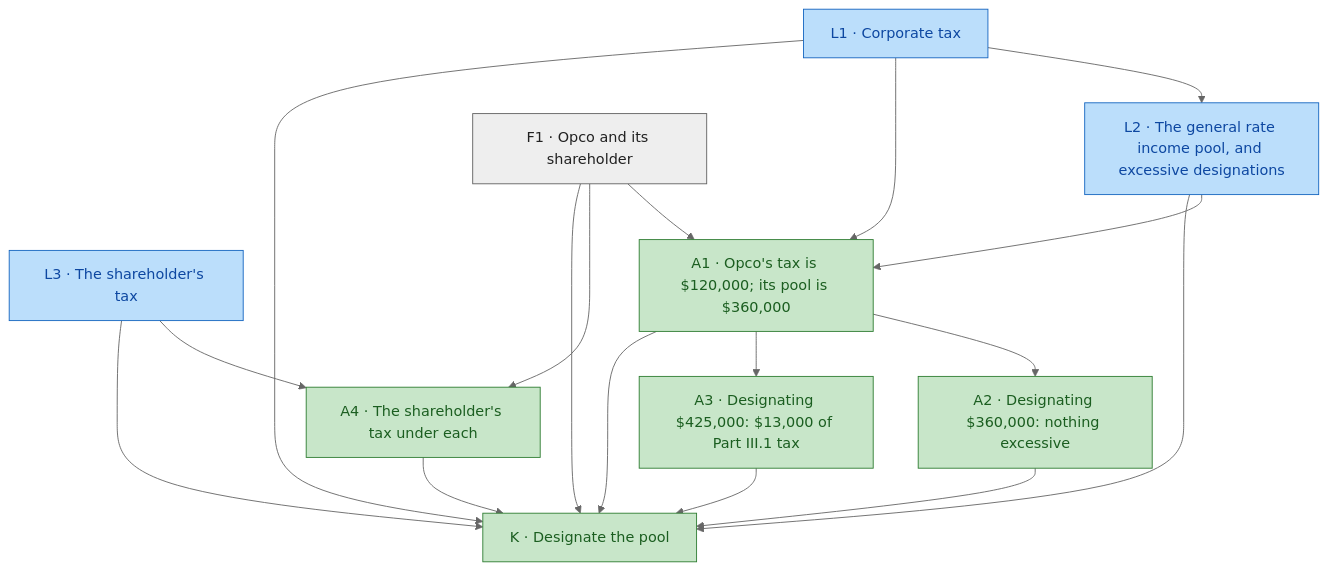
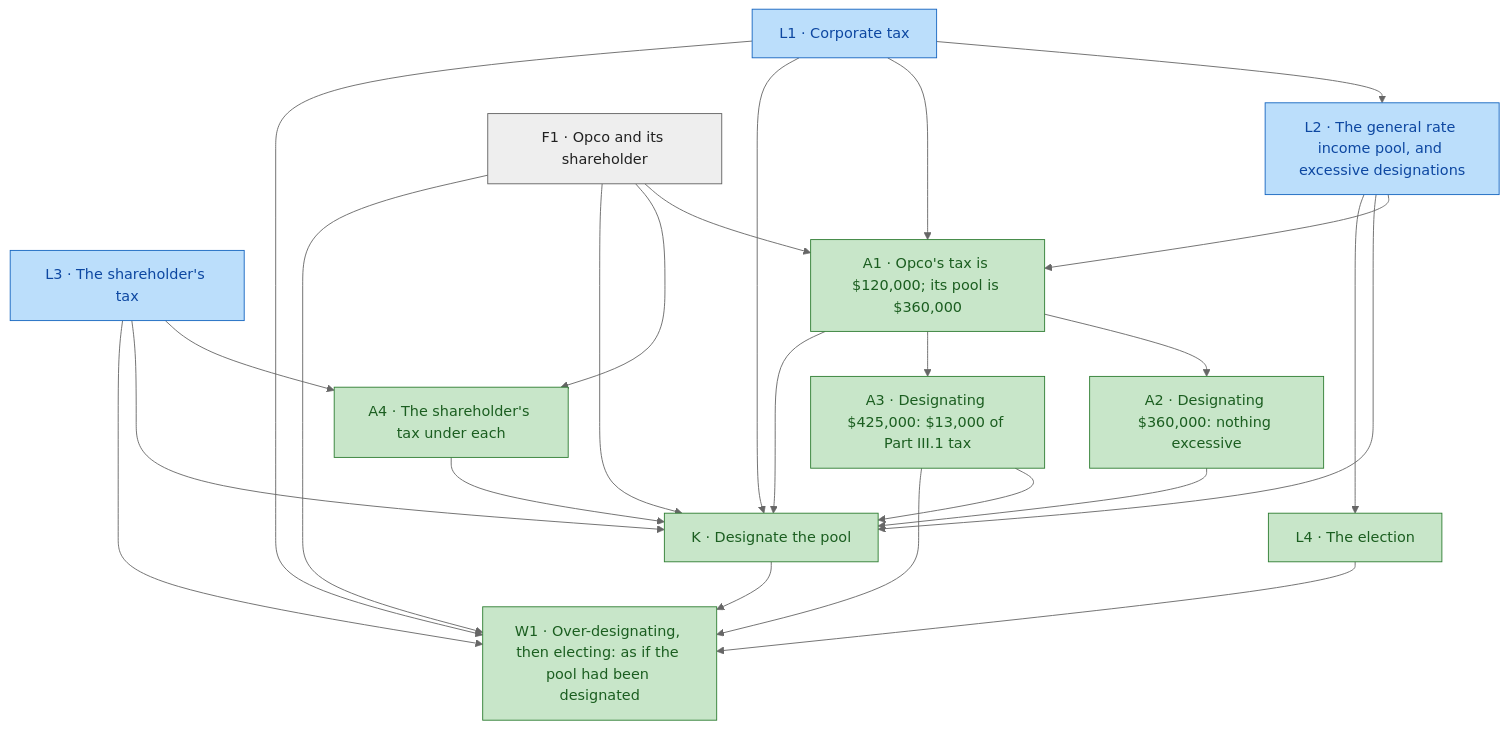
Before and after one commit to SeanWMurray/Canteen: the first of 2 diagrams in docs/blueprint/eligible-designation.md, drawn with Mermaid (neutral theme). The commit also changed other lines of this file and 13 other files, not shown here.

````diff
--- a/docs/blueprint/eligible-designation.md
+++ b/docs/blueprint/eligible-designation.md
@@ -15,34 +15,43 @@
 ```mermaid
 graph TD
   n0["L1 · Corporate tax"]:::encoded
   n1["L2 · The general rate income pool, and excessive designations"]:::encoded
   n2["L3 · The shareholder's tax"]:::encoded
   n3["F1 · Opco and its shareholder"]:::fact
   n4["A1 · Opco's tax is $120,000; its pool is $360,000"]:::proven
   n5["A2 · Designating $360,000: nothing excessive"]:::proven
   n6["A3 · Designating $425,000: $13,000 of Part III.1 tax"]:::proven
   n7["A4 · The shareholder's tax under each"]:::proven
   n8["K · Designate the pool"]:::proven
+  n9["L4 · The election"]:::proven
+  n10["W1 · Over-designating, then electing: as if the pool had been designated"]:::proven
   n0 --> n1
   n3 --> n4
   n0 --> n4
   n1 --> n4
   n4 --> n5
   n4 --> n6
   n3 --> n7
   n2 --> n7
   n3 --> n8
   n0 --> n8
   n1 --> n8
   n2 --> n8
   n4 --> n8
   n5 --> n8
   n6 --> n8
   n7 --> n8
+  n1 --> n9
+  n3 --> n10
+  n0 --> n10
+  n2 --> n10
+  n9 --> n10
+  n6 --> n10
+  n8 --> n10
   classDef proven fill:#c8e6c9,stroke:#2e7d32,color:#1b5e20
   classDef encoded fill:#bbdefb,stroke:#1565c0,color:#0d47a1
   classDef fact fill:#eeeeee,stroke:#616161,color:#212121
   classDef judgment fill:#ffe0b2,stroke:#ef6c00,color:#e65100
   classDef notFormalized fill:#ffffff,stroke:#c62828,color:#b71c1c,stroke-dasharray:5 5
   classDef unproven fill:#ffcdd2,stroke:#c62828,color:#b71c1c
 ```
````
